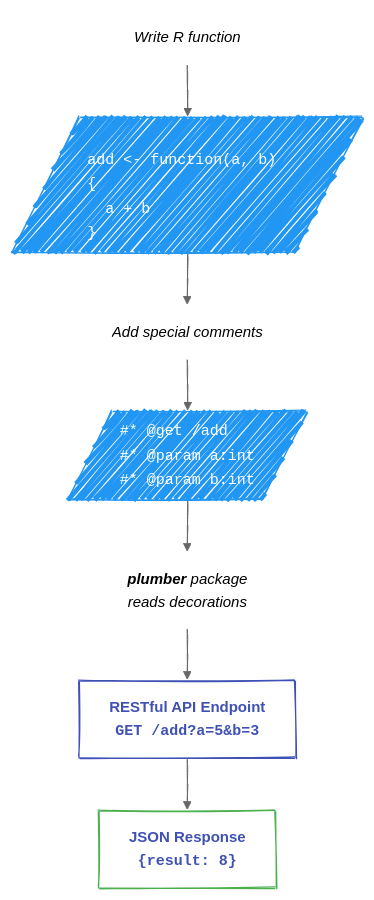
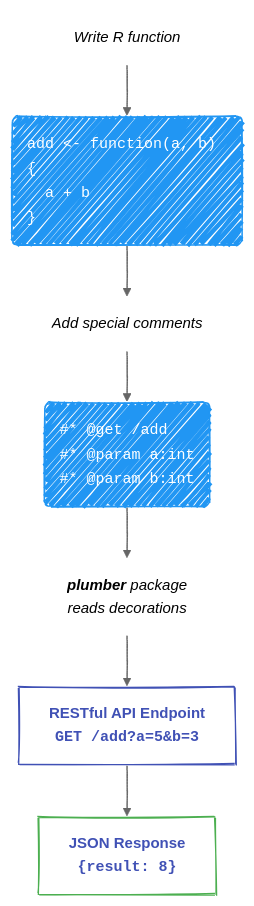
One commit to mjfrigaard/mjfrigaard.github.io changed the third of 5 diagrams in posts/shiny-plumber/index.qmd. Above: the diagram before and after it, drawn with Mermaid. The commit also changed other lines of this file and 18 other files, not shown here.

````diff
--- a/posts/shiny-plumber/index.qmd
+++ b/posts/shiny-plumber/index.qmd
@@ -327,34 +339,34 @@
 ```{mermaid}
 %%| fig-align: center
 %%| echo: false
-%%| fig-cap: 'Plumber Transforms R Functions into API Endpoints'
+%%| fig-cap: 'Example: plumber transforms R function into API endpoint'
 %%{init: {'theme': 'neutral', 'look': 'handDrawn', 'themeVariables': { 'fontFamily': 'monospace', "fontSize":"15px"}}}%%
 
 graph TB
 	WriteFun("<em>Write R function</em>")
-    RFunc[/"<br><code>add <- function(a, b) {<br>  a + b<br>}</code>"/]
+    RFunc("<code>add <- function(a, b) {<br>  a + b<br>}</code>")
     WriteCom("<em>Add special comments</em>")
-    Decor[/"<code>#* @get /add<br/>#* @param a:int<br/>#* @param b:int</code><br/>"/]
+    Decor("<code>#* @get /add<br/>#* @param a:int<br/>#* @param b:int</code>")
     Plumber("<em><strong>plumber</strong> package<br/>reads decorations</em>")
     
     API["<strong>RESTful API Endpoint<br/><code>GET /add?a=5&b=3</code></strong>"]
     Response["<strong>JSON Response<br/><code>{result: 8}</code></strong>"]
     
     WriteFun --> RFunc
     RFunc --> WriteCom
     WriteCom --> Decor
     Decor --> Plumber
     Plumber --> API
     API --> Response
     
     style WriteFun fill:#fff,stroke:#fff,color:#000
     style WriteCom  fill:#fff,stroke:#fff,color:#000
     style Plumber  fill:#fff,stroke:#fff,color:#000
     
     style RFunc text-align:left,fill:#2196F3,stroke:#2196F3,color:#fff
     style Decor text-align:left,fill:#2196F3,stroke:#2196F3,color:#fff
     
     style API  fill:#fff,stroke:#4051B5,color:#4051B5
     style Response  fill:#fff,stroke:#4CAF50,color:#4051B5
     
 ```
````
